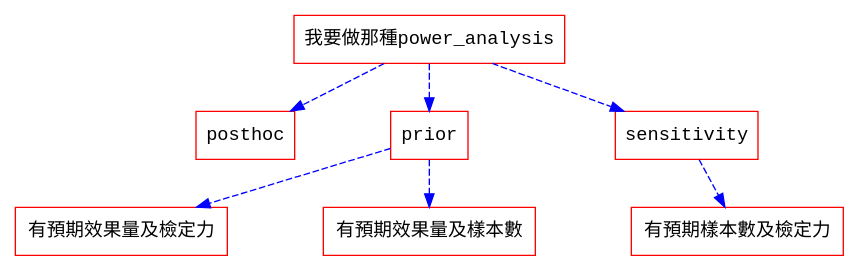
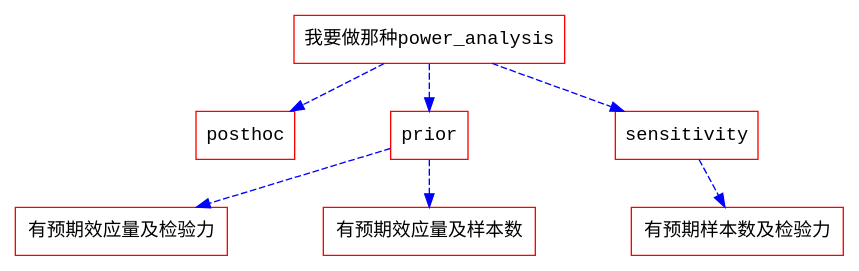
One commit to SCgeeker/Power_note changed the diagram in note.Rmd. Above: the diagram before and after it, drawn with Graphviz. The commit also changed other lines of this file, not shown here.

````diff
--- a/note.Rmd
+++ b/note.Rmd
@@ -12,13 +14,13 @@
 ```graphviz
 digraph hierarchy {
                 nodesep=1.0 // increases the separation between nodes
 
                 node [color=Red,fontname=Courier,shape=box] //All nodes will this shape and colour
                 edge [color=Blue, style=dashed] //All the lines look like this
 
-                我要做那種power_analysis->{posthoc prior sensitivity}
-                prior->{有預期效果量及檢定力 有預期效果量及樣本數}
-                sensitivity->{有預期樣本數及檢定力}
-                {rank=same;有預期效果量及檢定力 有預期效果量及樣本數 有預期樣本數及檢定力}  // Put them on the same level
+                我要做那种power_analysis->{posthoc prior sensitivity}
+                prior->{有预期效应量及检验力 有预期效应量及样本数}
+                sensitivity->{有预期样本数及检验力}
+                {rank=same;有预期效应量及检验力 有预期效应量及样本数 有预期效应量及检验力 有预期样本数及检验力}  // Put them on the same level
 }
 ```
````
